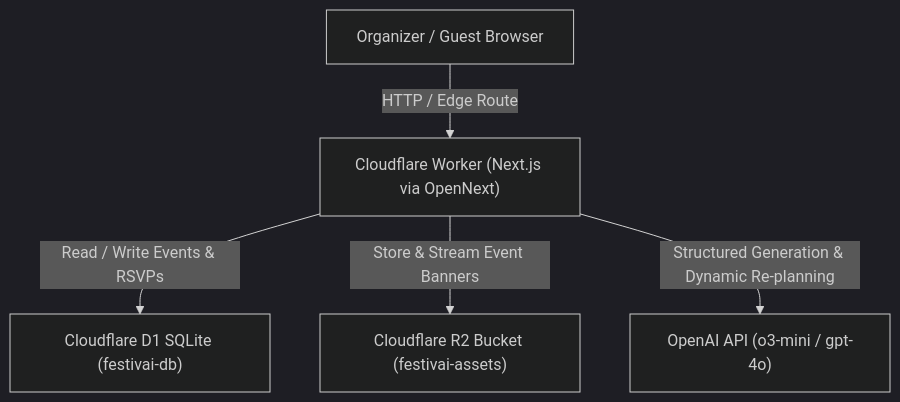
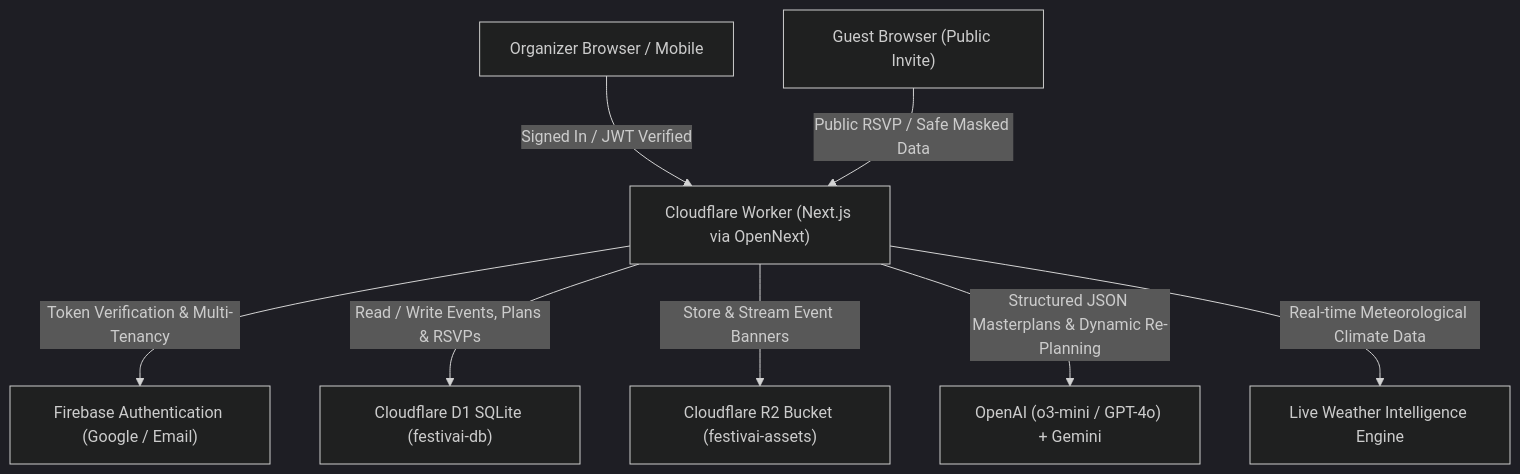
The first of 2 diagrams in README.md (harsh-gupta-10/FestivAI), drawn with Mermaid (dark theme) before and after one commit. The commit also changed other lines of this file and 5 other files, not shown here.

````diff
--- a/README.md
+++ b/README.md
@@ -26,13 +40,19 @@
 ```mermaid
 flowchart TD
-    User["Organizer / Guest Browser"]
+    Organizer["Organizer Browser / Mobile"]
+    Guest["Guest Browser (Public Invite)"]
     Worker["Cloudflare Worker (Next.js via OpenNext)"]
+    Auth["Firebase Authentication (Google / Email)"]
     D1["Cloudflare D1 SQLite (festivai-db)"]
     R2["Cloudflare R2 Bucket (festivai-assets)"]
-    OpenAI["OpenAI API (o3-mini / gpt-4o)"]
+    OpenAI["OpenAI (o3-mini / GPT-4o) + Gemini"]
+    Weather["Live Weather Intelligence Engine"]
 
-    User -->|HTTP / Edge Route| Worker
-    Worker -->|Read / Write Events & RSVPs| D1
+    Organizer -->|Signed In / JWT Verified| Worker
+    Guest -->|Public RSVP / Safe Masked Data| Worker
+    Worker -->|Token Verification & Multi-Tenancy| Auth
+    Worker -->|Read / Write Events, Plans & RSVPs| D1
     Worker -->|Store & Stream Event Banners| R2
-    Worker -->|Structured Generation & Dynamic Re-planning| OpenAI
+    Worker -->|Structured JSON Masterplans & Dynamic Re-Planning| OpenAI
+    Worker -->|Real-time Meteorological Climate Data| Weather
 ```
````
